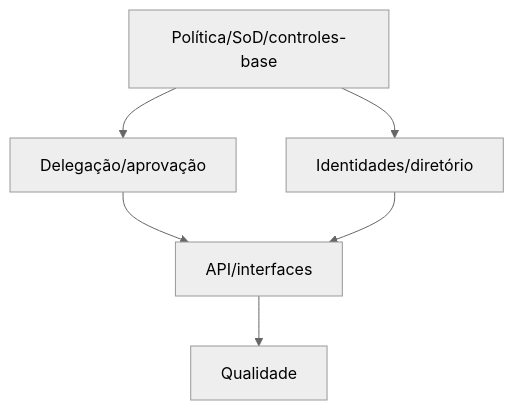
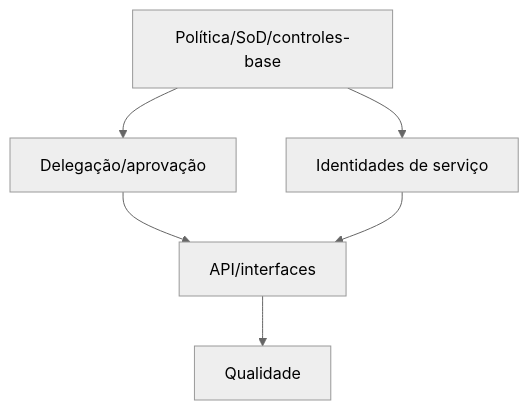
One commit to rodrigogml/rinosOne changed the diagram in docs/specs/advanced-authorization-policies/tasks.md. Above: the diagram before and after it, drawn with Mermaid (neutral theme). The commit also changed other lines of this file and 161 other files, not shown here.

````diff
--- a/docs/specs/advanced-authorization-policies/tasks.md
+++ b/docs/specs/advanced-authorization-policies/tasks.md
@@ -116,8 +108,8 @@
 ```mermaid
 flowchart TD
  F1[Política/SoD/controles-base] --> F2[Delegação/aprovação]
- F1 --> F3[Identidades/diretório]
+ F1 --> F3[Identidades de serviço]
  F2 --> F4[API/interfaces]
  F3 --> F4
  F4 --> F5[Qualidade]
 ```
````
